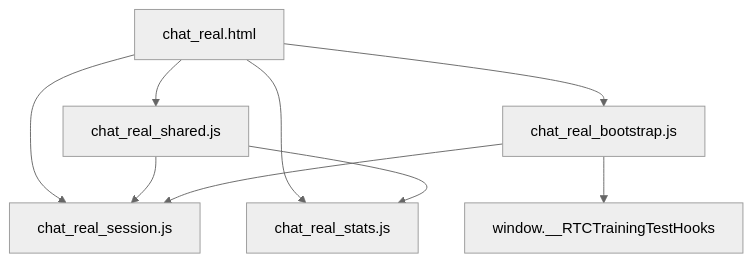
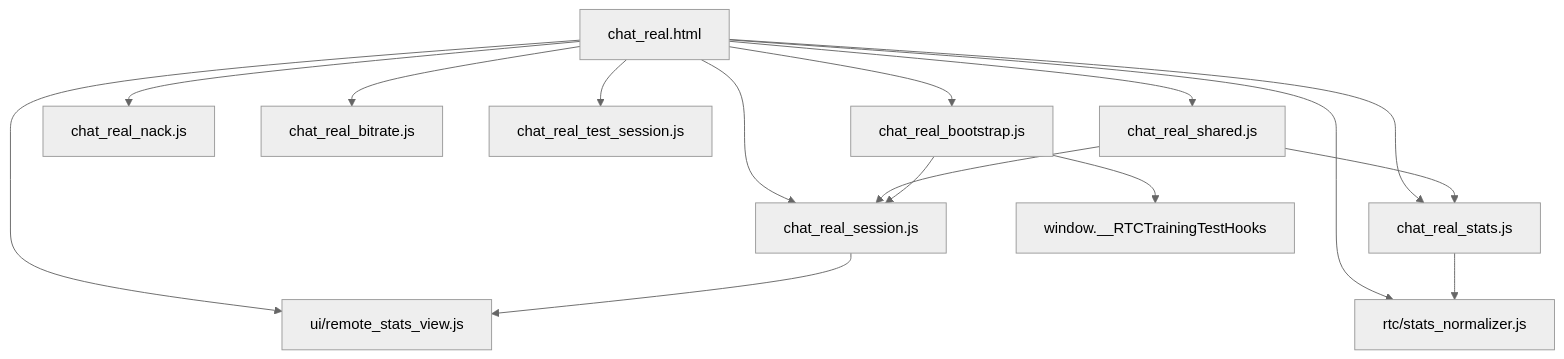
The third of 9 diagrams in docs/RTCTraining_前后端设计说明.md (kaysono0/RTCTraining), drawn with Mermaid (neutral theme) before and after one commit. The commit also changed other lines of this file, not shown here.

Commit message:
docs: update frontend backend architecture guide

````diff
--- a/docs/RTCTraining_前后端设计说明.md
+++ b/docs/RTCTraining_前后端设计说明.md
@@ -299,18 +406,30 @@
 ```mermaid
 flowchart TB
   HTML[chat_real.html]
   Shared[chat_real_shared.js]
+  Nack[chat_real_nack.js]
+  Bitrate[chat_real_bitrate.js]
+  TestSession[chat_real_test_session.js]
   Session[chat_real_session.js]
   Stats[chat_real_stats.js]
+  Normalizer[rtc/stats_normalizer.js]
+  RemoteView[ui/remote_stats_view.js]
   Bootstrap[chat_real_bootstrap.js]
   Hooks[window.__RTCTrainingTestHooks]
 
   HTML --> Shared
+  HTML --> Nack
+  HTML --> Bitrate
+  HTML --> TestSession
+  HTML --> Normalizer
+  HTML --> RemoteView
   HTML --> Session
   HTML --> Stats
   HTML --> Bootstrap
   Shared --> Session
   Shared --> Stats
+  Stats --> Normalizer
+  Session --> RemoteView
   Bootstrap --> Session
   Bootstrap --> Hooks
 ```
````
